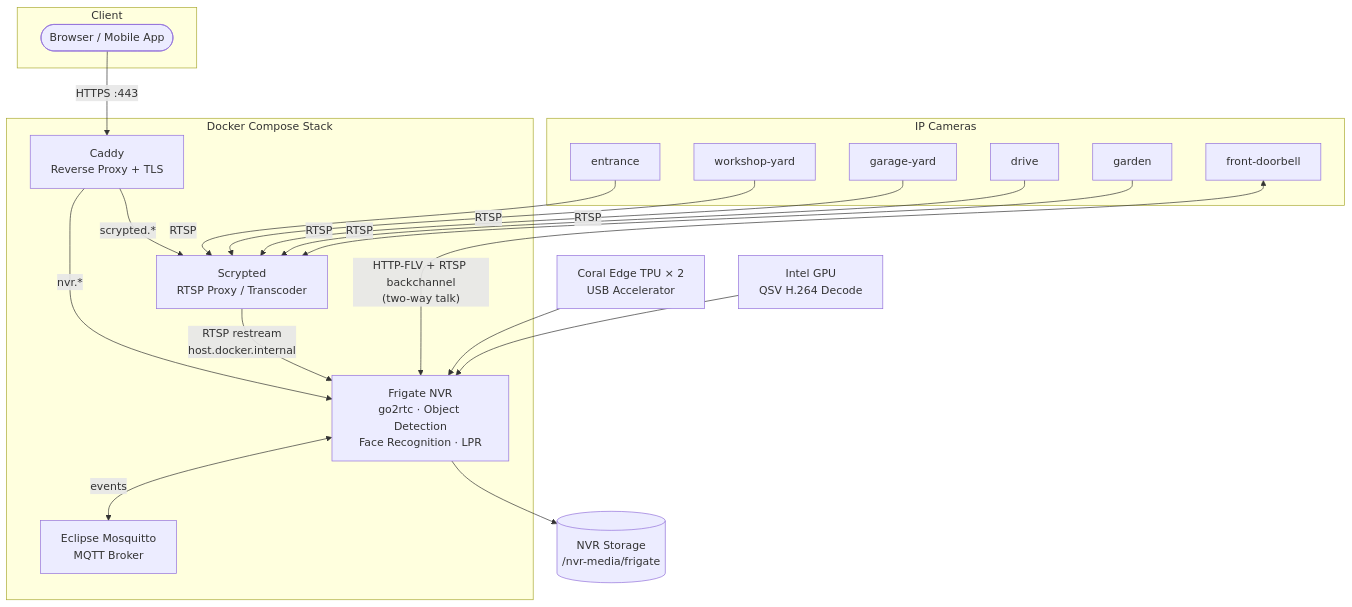
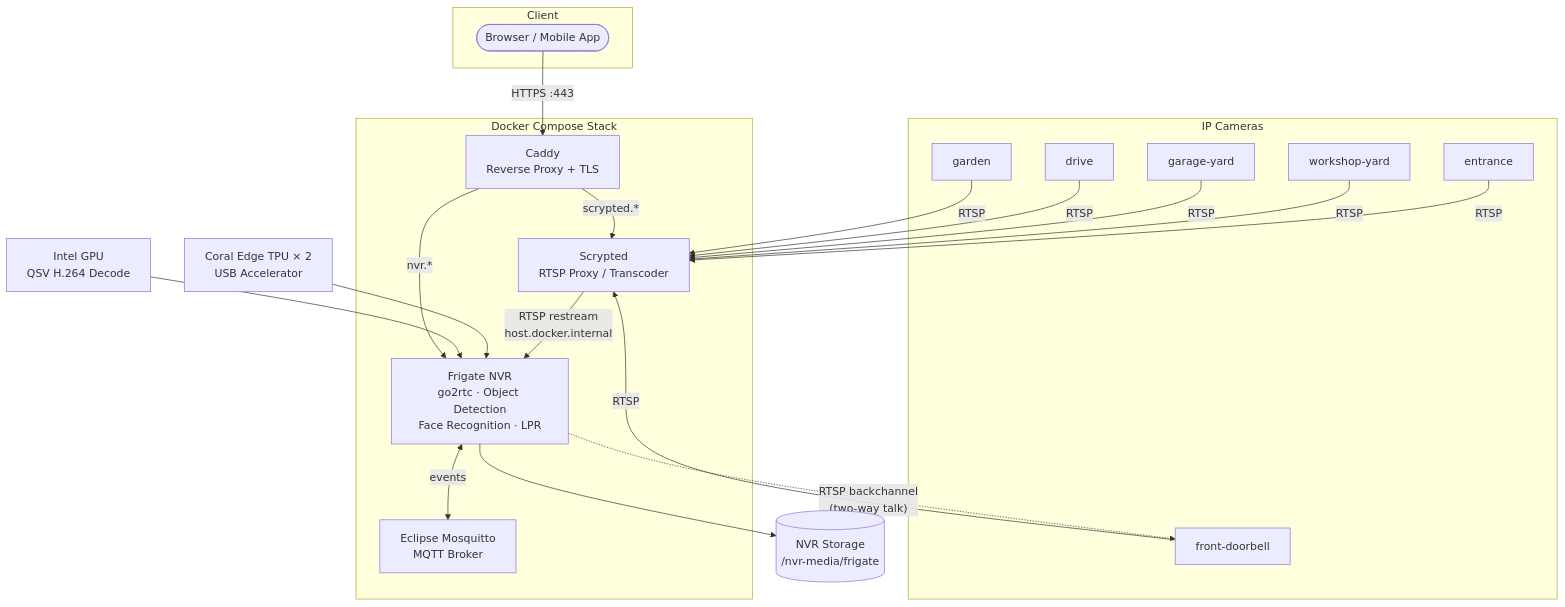
One commit to gitgc/home-nvr-detection changed the diagram in README.md. Above: the diagram before and after it, drawn with Mermaid. The commit also changed 2 other files, not shown here.

Commit message:
Route front-doorbell video via Scrypted, keep direct RTSP for talk

````diff
--- a/README.md
+++ b/README.md
@@ -7,38 +7,38 @@
 ```mermaid
 graph TB
     subgraph Cameras["IP Cameras"]
         C1[entrance]
         C2[workshop-yard]
         C3[garage-yard]
         C4[drive]
         C5[garden]
         C6[front-doorbell]
     end
 
     subgraph Stack["Docker Compose Stack"]
         Scrypted["Scrypted<br>RTSP Proxy / Transcoder"]
         Frigate["Frigate NVR<br>go2rtc · Object Detection<br>Face Recognition · LPR"]
         MQTT["Eclipse Mosquitto<br>MQTT Broker"]
         Caddy["Caddy<br>Reverse Proxy + TLS"]
     end
 
     subgraph Client["Client"]
         User(["Browser / Mobile App"])
     end
 
     TPU["Coral Edge TPU × 2<br>USB Accelerator"]
     GPU["Intel GPU<br>QSV H.264 Decode"]
     Disk[("NVR Storage<br>/nvr-media/frigate")]
 
-    C1 & C2 & C3 & C4 & C5 -->|RTSP| Scrypted
+    C1 & C2 & C3 & C4 & C5 & C6 -->|RTSP| Scrypted
     Scrypted -->|"RTSP restream<br>host.docker.internal"| Frigate
-    C6 <-->|"HTTP-FLV + RTSP backchannel<br>(two-way talk)"| Frigate
+    Frigate -.->|"RTSP backchannel<br>(two-way talk)"| C6
     Frigate <-->|events| MQTT
     TPU & GPU --> Frigate
     Frigate --> Disk
 
     User -->|"HTTPS :443"| Caddy
     Caddy -->|"nvr.*"| Frigate
     Caddy -->|"scrypted.*"| Scrypted
 
 ```
````
